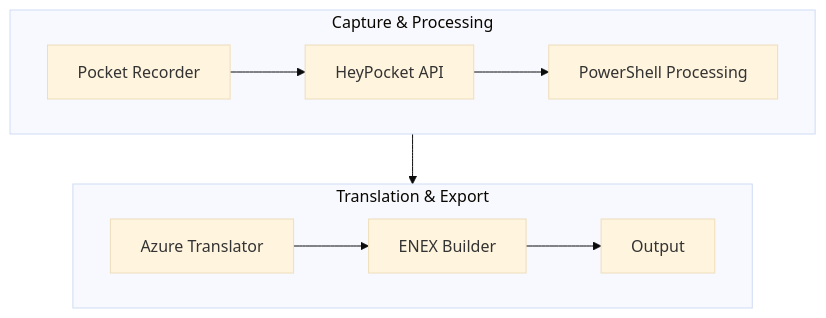
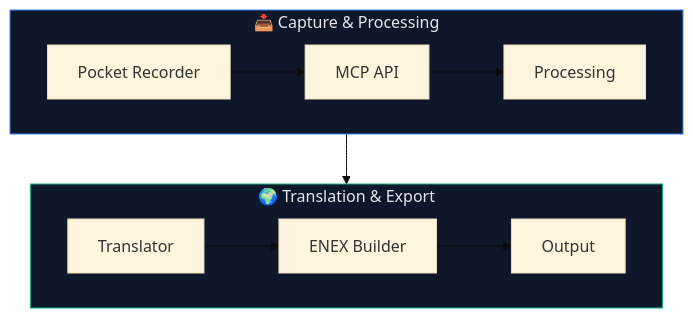
Before and after one commit to jtbarbera/hpen: the diagram in README.md, drawn with Mermaid (base theme). The commit also changed other lines of this file, not shown here.

````diff
--- a/README.md
+++ b/README.md
@@ -407,19 +407,26 @@
 ```mermaid
 flowchart TB
 
-    subgraph ABC [Capture & Processing]
-        A["Pocket Recorder"]
-        B["HeyPocket API"]
-        C["PowerShell Processing"]
-        A --> B --> C
+    %% --- Stage 1 ---
+    subgraph ABC [📥 Capture & Processing]
+        direction LR
+        A["Pocket Recorder"] --> 
+        B["MCP API"] --> 
+        C["Processing"]
     end
 
-    subgraph DEF [Translation & Export]
-        D["Azure Translator"]
-        E["ENEX Builder"]
+    %% --- Stage 2 ---
+    subgraph DEF [🌍 Translation & Export]
+        direction LR
+        D["Translator"] --> 
+        E["ENEX Builder"] --> 
         F["Output"]
-        D --> E --> F
     end
 
+    %% --- Flow between stages ---
     ABC --> DEF
+
+    %% --- Styling ---
+    style ABC fill:#0f172a,stroke:#3b82f6,color:#e5e7eb
+    style DEF fill:#0f172a,stroke:#10b981,color:#e5e7eb
 ```
````
